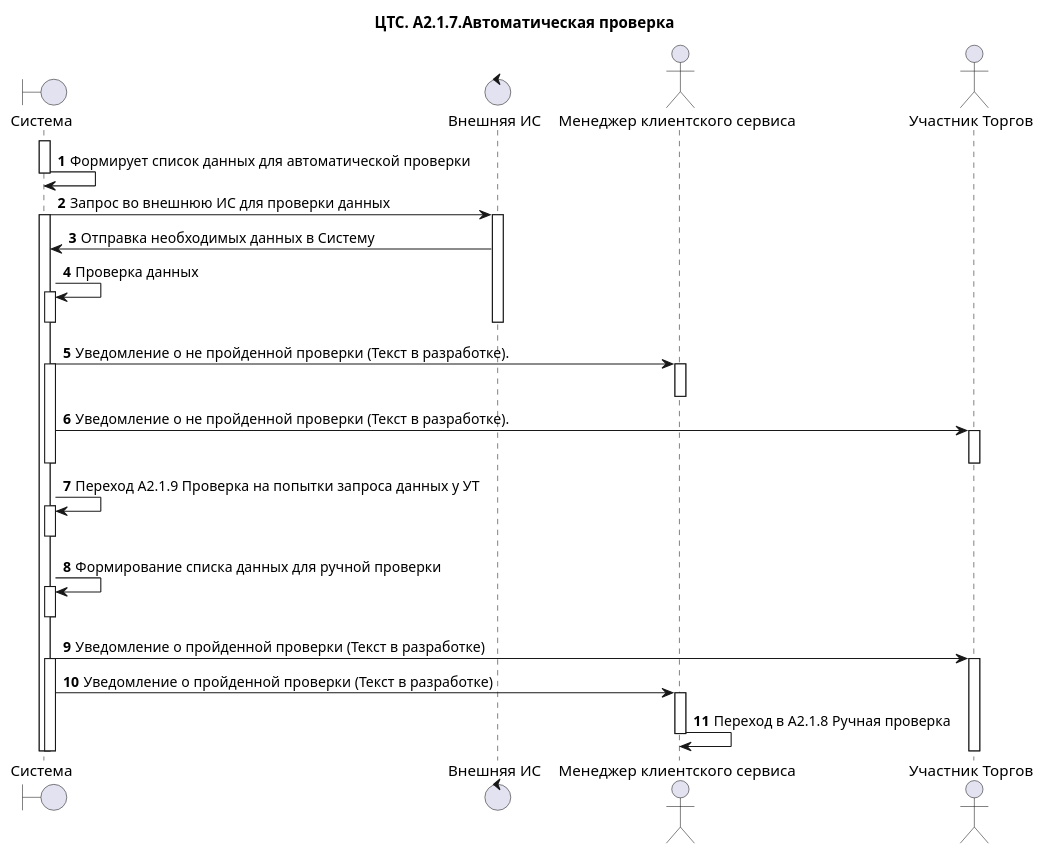
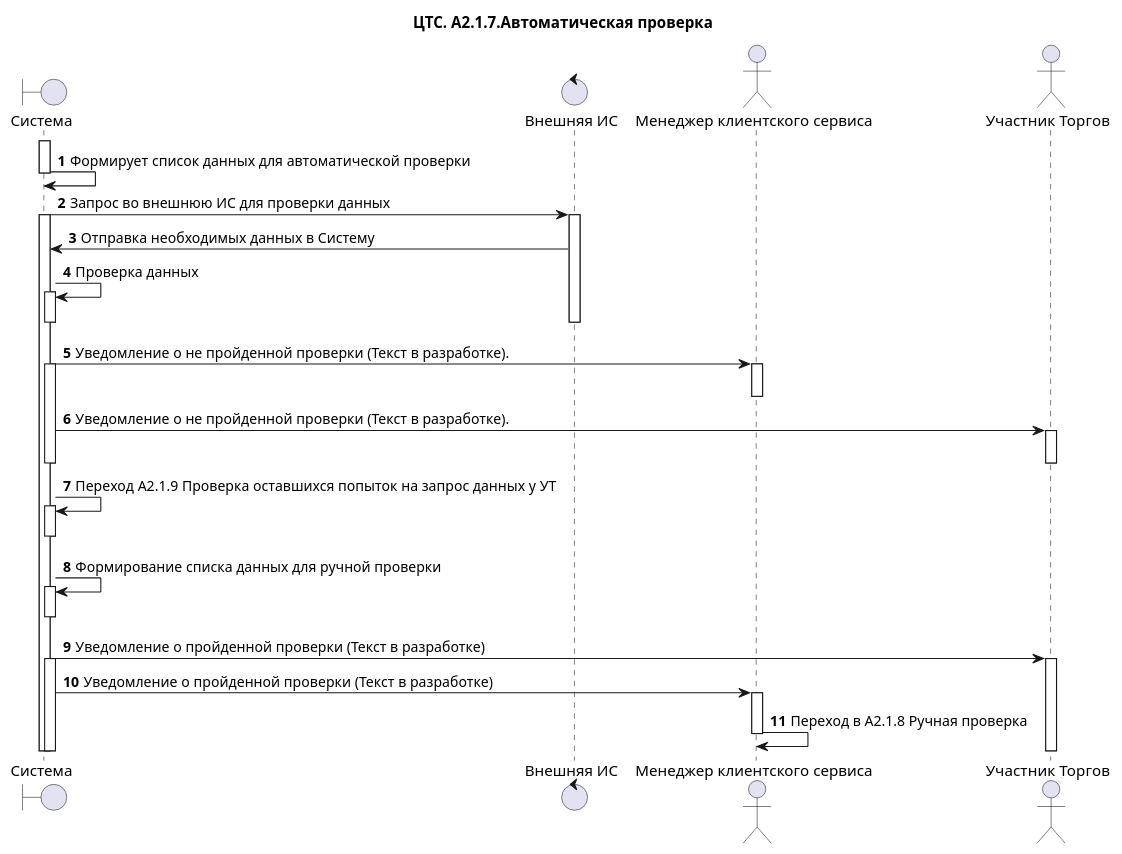
Before and after one commit to moaxmoaxpxrf4jag/CTS.Documentation: the diagram in Project solutions/БП. Диаграммы/A2.Управление организациями-УТ/A2.1.Подключение новой Организации-УТ/ЦТС. А2.1.7. Автоматическая проверка.puml, drawn with PlantUML.

Commit message:
Обновлено ЦТС. А2.1.7. Автоматическая проверка.puml
1. Изменения названия перехода А2.1.9

```diff
--- a/Project solutions/БП. Диаграммы/A2.Управление организациями-УТ/A2.1.Подключение новой Организации-УТ/ЦТС. А2.1.7. Автоматическая проверка.puml
+++ b/Project solutions/БП. Диаграммы/A2.Управление организациями-УТ/A2.1.Подключение новой Организации-УТ/ЦТС. А2.1.7. Автоматическая проверка.puml
@@ -1,57 +1,57 @@
 @startuml
 title "ЦТС. А2.1.7.Автоматическая проверка"
 
 boundary "Система" as System
 Control "Внешняя ИС" as ExternaInformationSystem
 actor "Менеджер клиентского сервиса" as CustomerServiceManager
 actor "Участник Торгов" as User
 
 autonumber
 
 activate System
 System->System: Формирует список данных для автоматической проверки 
 deactivate System
 
 System->ExternaInformationSystem: Запрос во внешнюю ИС для проверки данных
 activate System
 activate ExternaInformationSystem
 
 ExternaInformationSystem->System: Отправка необходимых данных в Систему
 System->System:Проверка данных
 activate System
 deactivate System
 deactivate ExternaInformationSystem
 
 
 /'Если проверка не пройдена'/
 
 System->CustomerServiceManager:Уведомление о не пройденной проверки (Текст в разработке).
 activate System
 activate CustomerServiceManager
 deactivate CustomerServiceManager
 
 System->User:Уведомление о не пройденной проверки (Текст в разработке).
 activate User
 deactivate User
 deactivate System
 
-System->System: Переход А2.1.9 Проверка на попытки запроса данных у УТ
+System->System: Переход А2.1.9 Проверка оставшихся попыток на запрос данных у УТ
 activate System
 deactivate System
 
 /'Если проверка пройдена'/
 
 System->System:Формирование списка данных для ручной проверки
 activate System
 deactivate System
 
 System->User:Уведомление о пройденной проверки (Текст в разработке)
 activate User
 activate System
 
 System->CustomerServiceManager:Уведомление о пройденной проверки (Текст в разработке)
 activate CustomerServiceManager
 CustomerServiceManager->CustomerServiceManager:Переход в А2.1.8 Ручная проверка
 deactivate CustomerServiceManager
 
 @enduml
```
